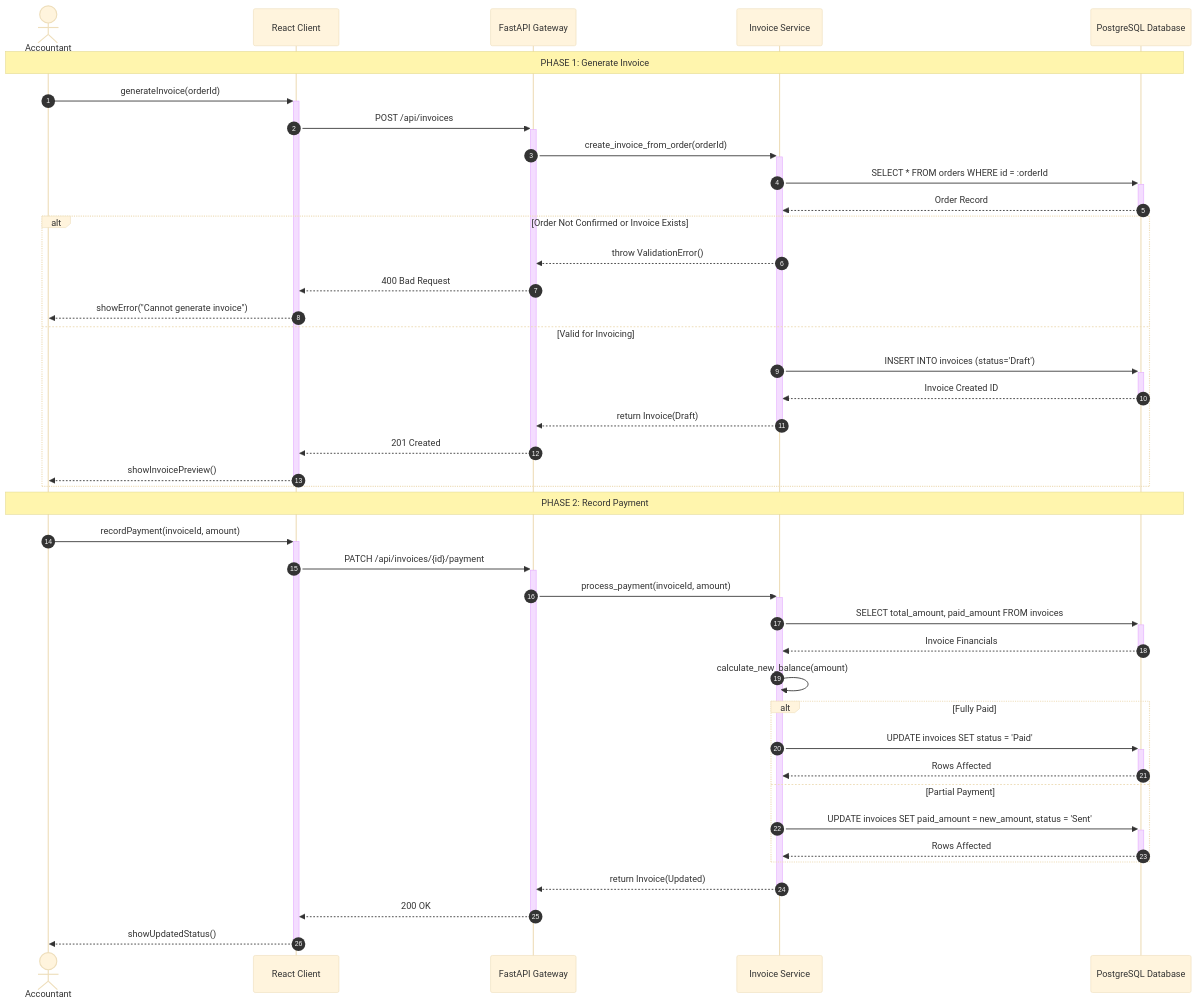
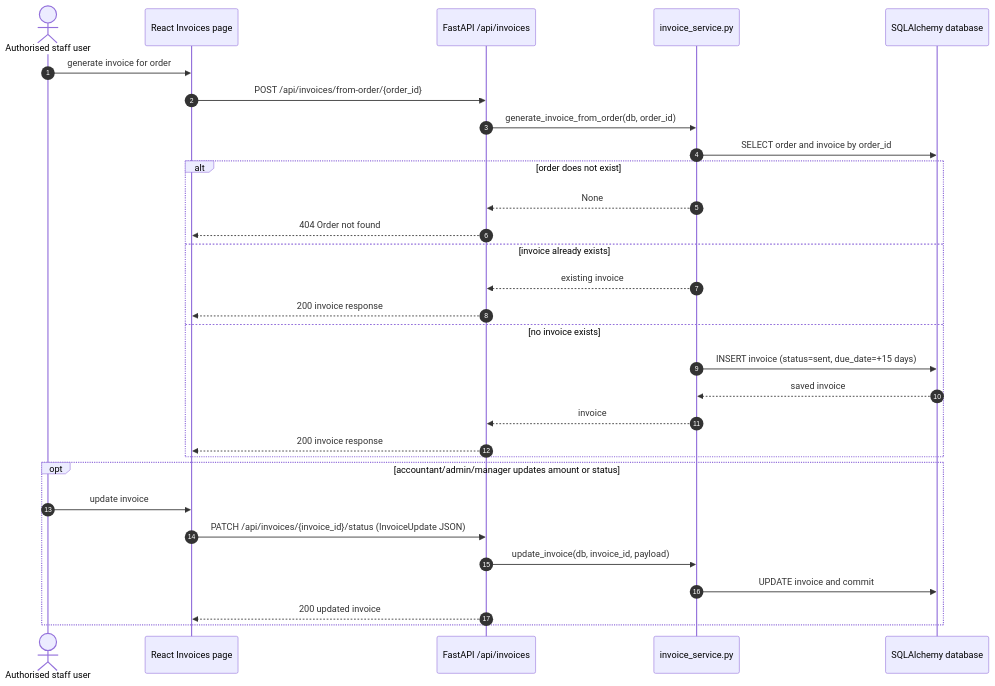
One commit to hyperS777/BizAI changed the diagram in docs/design-diagrams/07-sequence-invoice.mmd. Above: the diagram before and after it, drawn with Mermaid. The commit also changed 35 other files, not shown here.

```diff
--- a/docs/design-diagrams/07-sequence-invoice.mmd
+++ b/docs/design-diagrams/07-sequence-invoice.mmd
@@ -1,46 +1,30 @@
-%%{init: {'theme': 'base', 'sequence': {'actorMargin': 150, 'messageMargin': 60}}}%%
 sequenceDiagram
     autonumber
-    actor U as Accountant
-    participant FE as React Client
-    participant API as FastAPI Gateway
-    participant INV as Invoice Service
-    participant DB as PostgreSQL Database
-
-    Note over U,DB: PHASE 1: Generate Invoice
-    U->>+FE: generateInvoice(orderId)
-    FE->>+API: POST /api/invoices
-    API->>+INV: create_invoice_from_order(orderId)
-    INV->>+DB: SELECT * FROM orders WHERE id = :orderId
-    DB-->>-INV: Order Record
-    alt Order Not Confirmed or Invoice Exists
-        INV-->>API: throw ValidationError()
-        API-->>FE: 400 Bad Request
-        FE-->>U: showError("Cannot generate invoice")
-    else Valid for Invoicing
-        INV->>+DB: INSERT INTO invoices (status='Draft')
-        DB-->>-INV: Invoice Created ID
-        INV-->>-API: return Invoice(Draft)
-        API-->>-FE: 201 Created
-        FE-->>-U: showInvoicePreview()
+    actor U as Authorised staff user
+    participant FE as React Invoices page
+    participant API as FastAPI /api/invoices
+    participant IS as invoice_service.py
+    participant DB as SQLAlchemy database
+    U->>FE: generate invoice for order
+    FE->>API: POST /api/invoices/from-order/{order_id}
+    API->>IS: generate_invoice_from_order(db, order_id)
+    IS->>DB: SELECT order and invoice by order_id
+    alt order does not exist
+        IS-->>API: None
+        API-->>FE: 404 Order not found
+    else invoice already exists
+        IS-->>API: existing invoice
+        API-->>FE: 200 invoice response
+    else no invoice exists
+        IS->>DB: INSERT invoice (status=sent, due_date=+15 days)
+        DB-->>IS: saved invoice
+        IS-->>API: invoice
+        API-->>FE: 200 invoice response
     end
-
-    Note over U,DB: PHASE 2: Record Payment
-    U->>+FE: recordPayment(invoiceId, amount)
-    FE->>+API: PATCH /api/invoices/{id}/payment
-    API->>+INV: process_payment(invoiceId, amount)
-    INV->>+DB: SELECT total_amount, paid_amount FROM invoices
-    DB-->>-INV: Invoice Financials
-    
-    INV->>INV: calculate_new_balance(amount)
-    
-    alt Fully Paid
-        INV->>+DB: UPDATE invoices SET status = 'Paid'
-        DB-->>-INV: Rows Affected
-    else Partial Payment
-        INV->>+DB: UPDATE invoices SET paid_amount = new_amount, status = 'Sent'
-        DB-->>-INV: Rows Affected
+    opt accountant/admin/manager updates amount or status
+        U->>FE: update invoice
+        FE->>API: PATCH /api/invoices/{invoice_id}/status (InvoiceUpdate JSON)
+        API->>IS: update_invoice(db, invoice_id, payload)
+        IS->>DB: UPDATE invoice and commit
+        API-->>FE: 200 updated invoice
     end
-    INV-->>-API: return Invoice(Updated)
-    API-->>-FE: 200 OK
-    FE-->>-U: showUpdatedStatus()
```
